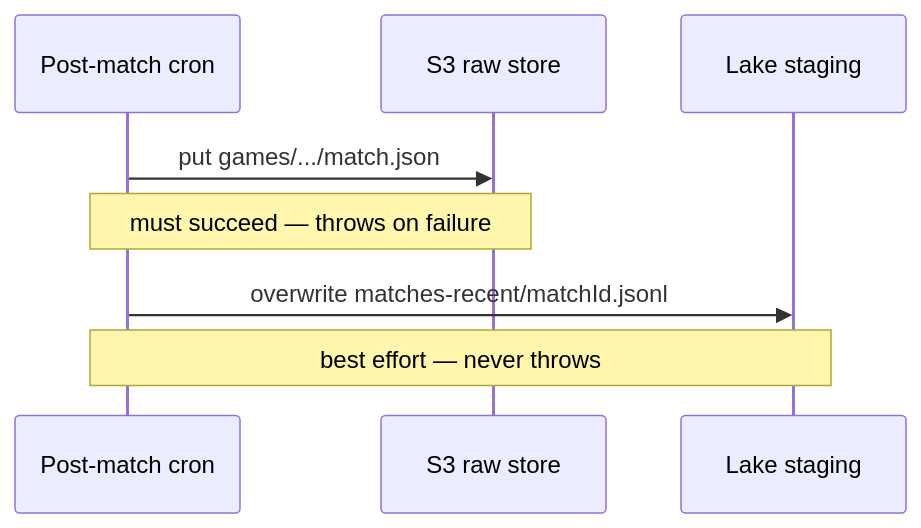
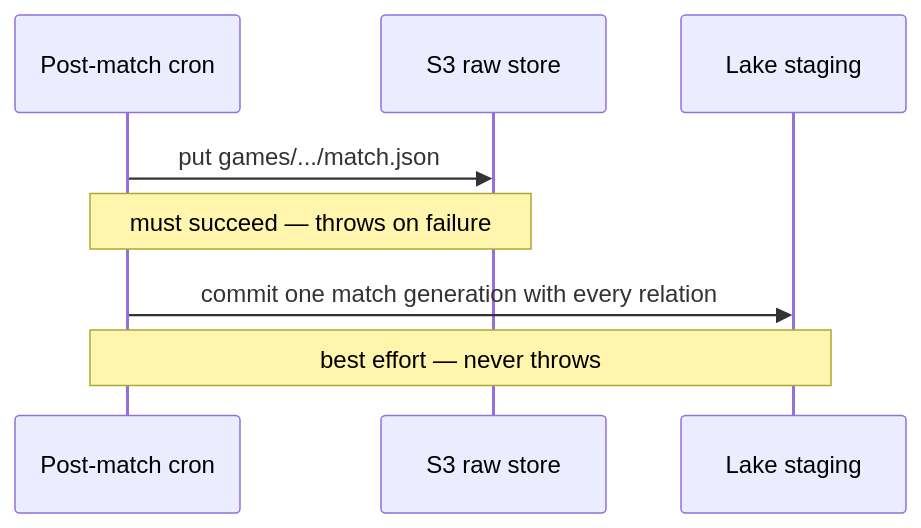
Before and after one commit to shepherdjerred/monorepo: the second of 4 diagrams in packages/docs/wiki/src/content/docs/explanation/scout-report-lake.md, drawn with Mermaid. The commit also changed other lines of this file and 47 other files, not shown here.

First line of the commit message:
fix(scout-for-lol): commit report lake staging as generations

````diff
--- a/packages/docs/wiki/src/content/docs/explanation/scout-report-lake.md
+++ b/packages/docs/wiki/src/content/docs/explanation/scout-report-lake.md
@@ -276,14 +276,14 @@
 ```mermaid
 sequenceDiagram
   accTitle: Ingest write contract
-  accDescr: The post-match cron writes raw JSON to S3 first, and that write throws on failure because raw data is unrecoverable. It then overwrites the match's staging file in the lake directory, and that write never throws because the nightly rebuild re-derives the row from S3.
+  accDescr: The post-match cron writes raw JSON to S3 first, and that write throws on failure because raw data is unrecoverable. It then writes every match relation into a new staging directory and commits the directory with one rename. A failed staging write is reported to the ingest caller, while the nightly rebuild can re-derive the rows from S3.
 
   participant C as Post-match cron
   participant S as S3 raw store
   participant L as Lake staging
 
   C->>S: put games/.../match.json
   Note over C,S: must succeed — throws on failure
-  C->>L: overwrite matches-recent/matchId.jsonl
+  C->>L: commit one match generation with every relation
   Note over C,L: best effort — never throws
 ```
````
